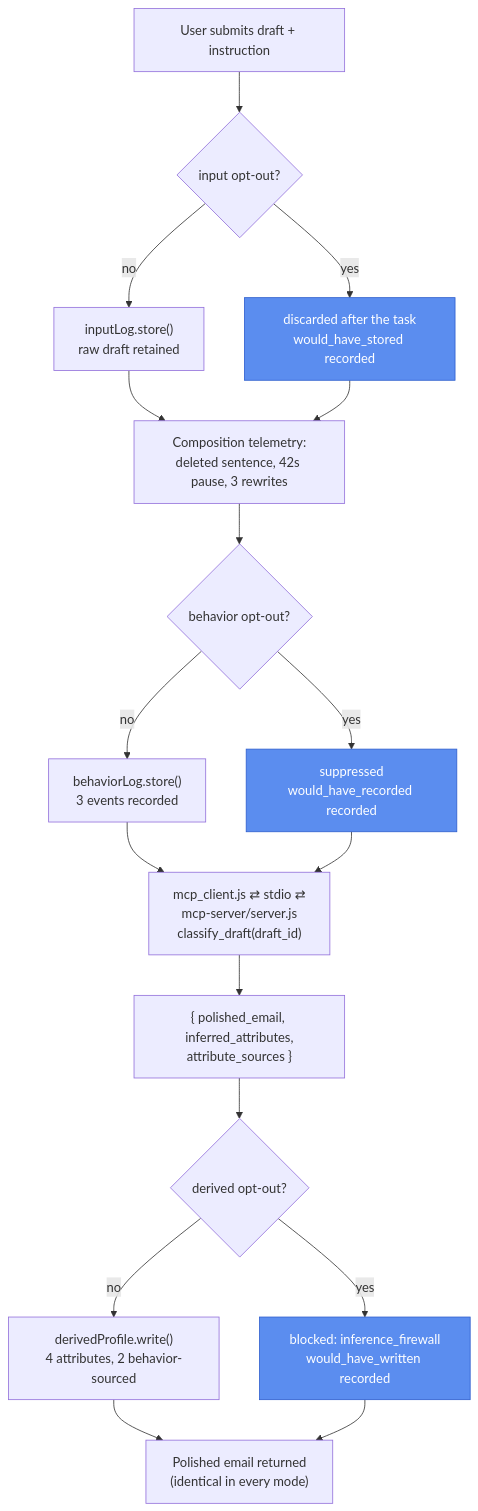
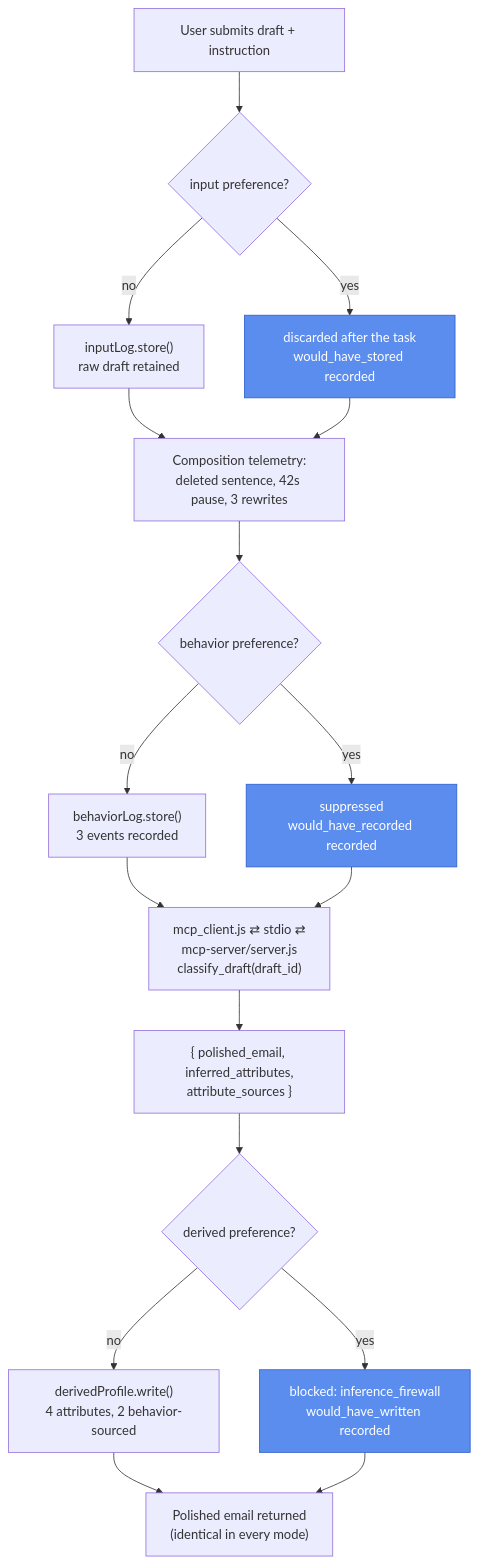
Before and after one commit to privacy-tech-lab/gpc-ai-agents-prototypes: the diagram in prototype-6/README.md, drawn with Mermaid. The commit also changed other lines of this file and 48 other files, not shown here.

````diff
--- a/prototype-6/README.md
+++ b/prototype-6/README.md
@@ -36,22 +36,22 @@
 ```mermaid
 flowchart TD
-    S["User submits draft + instruction"] --> IN{"input opt-out?"}
+    S["User submits draft + instruction"] --> IN{"input preference?"}
     IN -- "no" --> L1["inputLog.store()\nraw draft retained"]
     IN -- "yes" --> DIN["discarded after the task\nwould_have_stored recorded"]
     L1 --> T["Composition telemetry:\ndeleted sentence, 42s pause, 3 rewrites"]
     DIN --> T
-    T --> BH{"behavior opt-out?"}
+    T --> BH{"behavior preference?"}
     BH -- "no" --> L2["behaviorLog.store()\n3 events recorded"]
     BH -- "yes" --> DBH["suppressed\nwould_have_recorded recorded"]
     L2 --> MC["mcp_client.js ⇄ stdio ⇄\nmcp-server/server.js\nclassify_draft(draft_id)"]
     DBH --> MC
     MC --> CL["{ polished_email, inferred_attributes,\nattribute_sources }"]
-    CL --> DV{"derived opt-out?"}
+    CL --> DV{"derived preference?"}
     DV -- "no" --> W["derivedProfile.write()\n4 attributes, 2 behavior-sourced"]
     DV -- "yes" --> FW["blocked: inference_firewall\nwould_have_written recorded"]
     W --> ANS["Polished email returned\n(identical in every mode)"]
     FW --> ANS
 
     classDef enforced fill:#5b8def,stroke:#2f5fce,color:#fff
     class DIN,DBH,FW enforced
 ```
````
